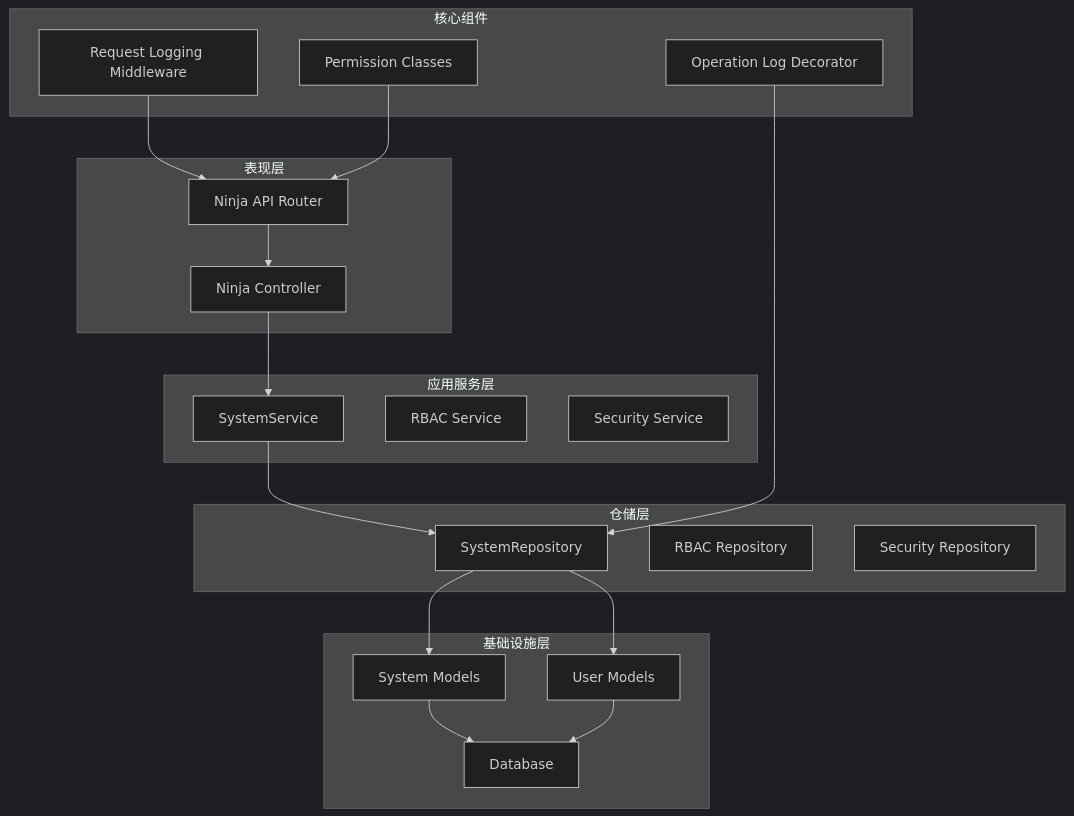
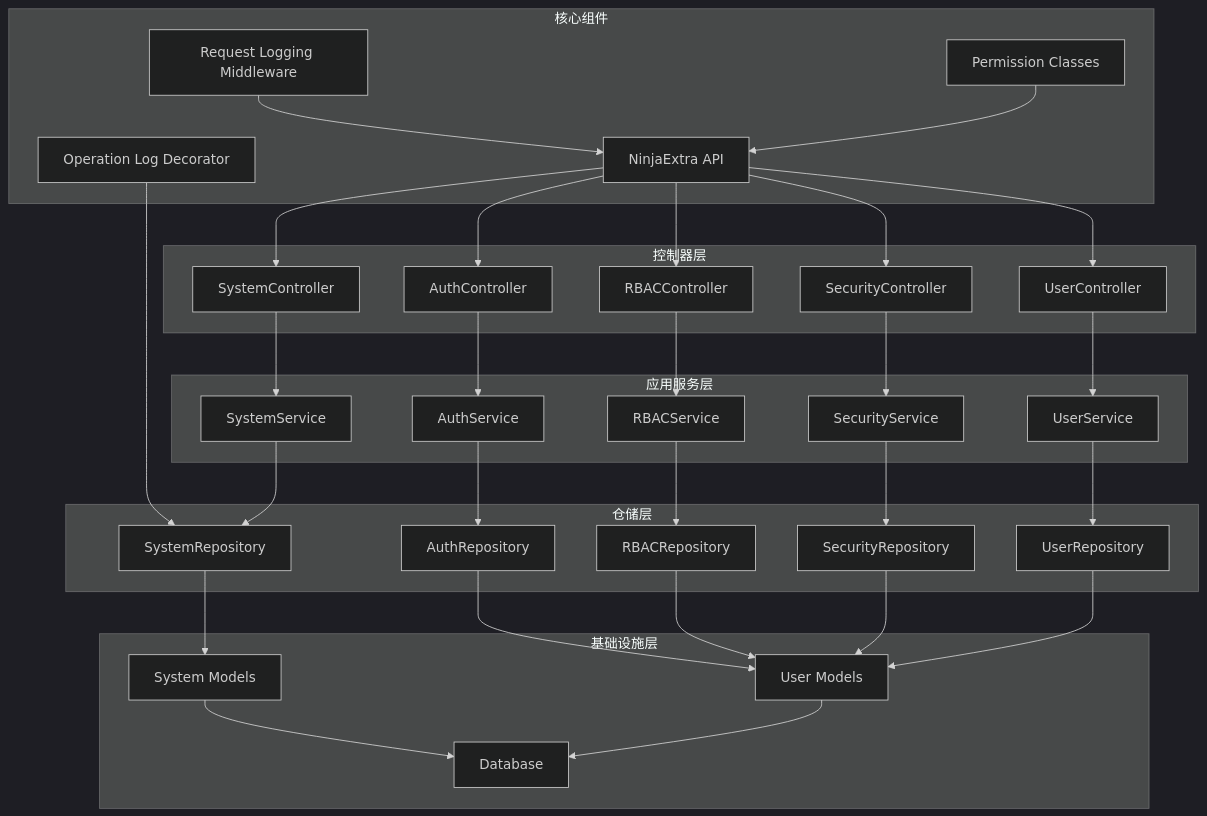
The fourth of 14 diagrams in .qoder/repowiki/zh/content/API 接口文档/系统管理接口.md (taoweidong/Hello-Django-Ninja-Api), drawn with Mermaid (dark theme) before and after one commit. The commit also changed other lines of this file and 7 other files, not shown here.

````diff
--- a/.qoder/repowiki/zh/content/API 接口文档/系统管理接口.md
+++ b/.qoder/repowiki/zh/content/API 接口文档/系统管理接口.md
@@ -249,37 +304,60 @@
 ```mermaid
 graph TB
-subgraph "表现层"
-A[Ninja API Router]
-B[Ninja Controller]
+subgraph "控制器层"
+A[SystemController]
+B[AuthController]
+C[RBACController]
+D[SecurityController]
+E[UserController]
 end
 subgraph "应用服务层"
-C[SystemService]
-D[RBAC Service]
-E[Security Service]
+F[SystemService]
+G[AuthService]
+H[RBACService]
+I[SecurityService]
+J[UserService]
 end
 subgraph "仓储层"
-F[SystemRepository]
-G[RBAC Repository]
-H[Security Repository]
+K[SystemRepository]
+L[AuthRepository]
+M[RBACRepository]
+N[SecurityRepository]
+O[UserRepository]
 end
 subgraph "基础设施层"
-I[System Models]
-J[User Models]
-K[Database]
+P[System Models]
+Q[User Models]
+R[Database]
 end
 subgraph "核心组件"
-L[Operation Log Decorator]
-M[Request Logging Middleware]
-N[Permission Classes]
+S[Operation Log Decorator]
+T[Request Logging Middleware]
+U[Permission Classes]
+V[NinjaExtra API]
 end
-A --> B
-B --> C
-C --> F
-F --> I
-F --> J
-I --> K
-J --> K
-L --> F
-M --> A
-N --> A
+V --> A
+V --> B
+V --> C
+V --> D
+V --> E
+A --> F
+B --> G
+C --> H
+D --> I
+E --> J
+F --> K
+G --> L
+H --> M
+I --> N
+J --> O
+K --> P
+L --> Q
+M --> Q
+N --> Q
+O --> Q
+P --> R
+Q --> R
+S --> K
+T --> V
+U --> V
 ```
````
